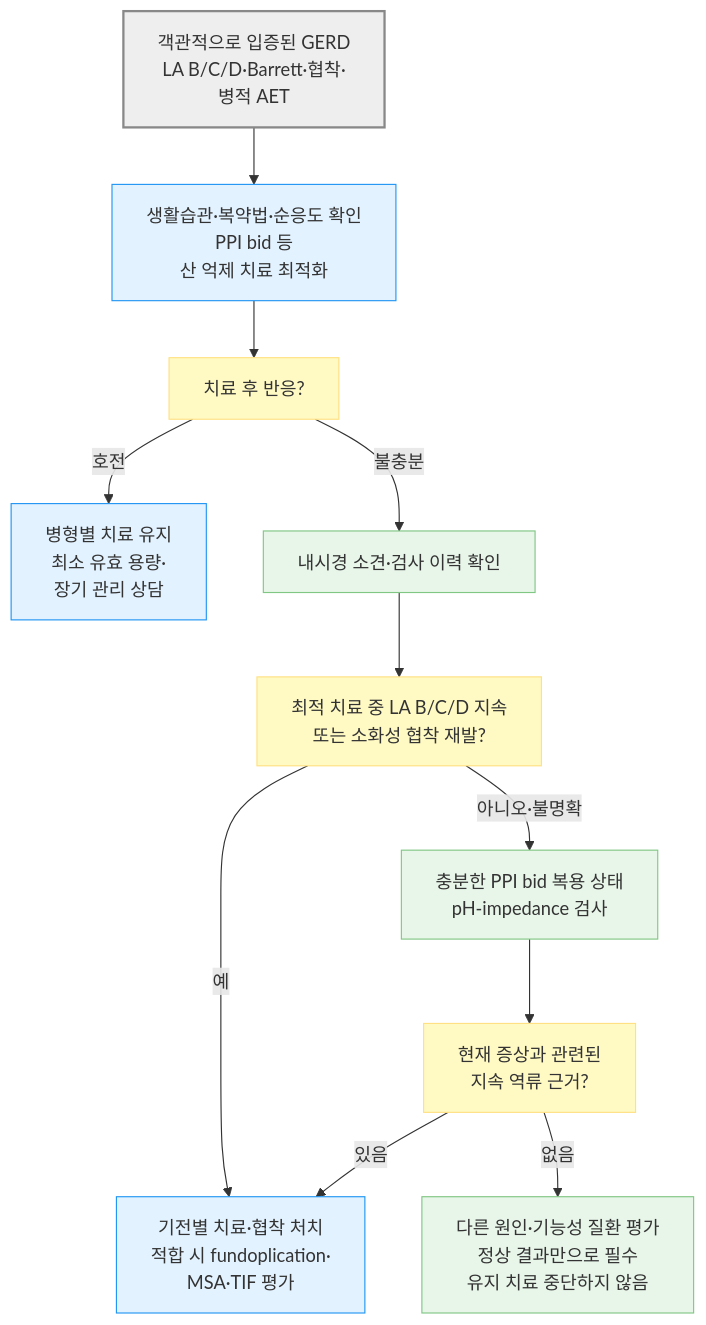
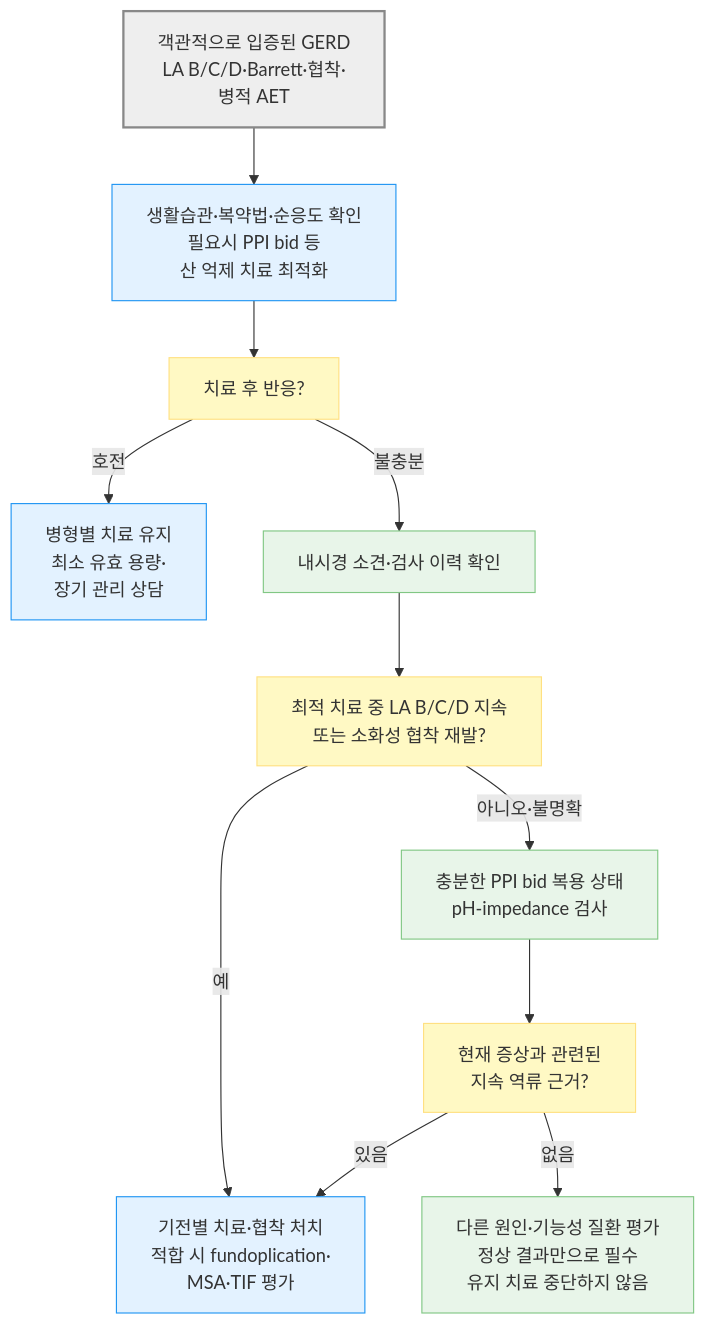
Before and after one commit to familyoh77/familyoh77: the fifth of 5 diagrams in 224_/081_-gerd.md, drawn with Mermaid. The commit also changed other lines of this file, not shown here.

````diff
--- a/224_/081_-gerd.md
+++ b/224_/081_-gerd.md
@@ -338,22 +334,22 @@
 ```mermaid
 flowchart TD
-    A["객관적으로 입증된 GERD<br/>LA B/C/D·Barrett·협착·<br/>병적 AET"] --> B["생활습관·복약법·순응도 확인<br/>PPI bid 등 <br/>산 억제 치료 최적화"]
+    A["객관적으로 입증된 GERD<br/>LA B/C/D·Barrett·협착·<br/>병적 AET"] --> B["생활습관·복약법·순응도 확인<br/>필요시 PPI bid 등 <br/>산 억제 치료 최적화"]
     B --> R["치료 후 반응?"]
     R -- "호전" --> S["병형별 치료 유지<br/>최소 유효 용량·<br/>장기 관리 상담"]
     R -- "불충분" --> E["내시경 소견·검사 이력 확인"]
     E --> EQ["최적 치료 중 LA B/C/D 지속<br/>또는 소화성 협착 재발?"]
     EQ -- "예" --> T["기전별 치료·협착 처치<br/>적합 시 fundoplication·<br/>MSA·TIF 평가"]
     EQ -- "아니오·불명확" --> I["충분한 PPI bid 복용 상태<br/>pH-impedance 검사"]
     I --> IQ["현재 증상과 관련된<br/>지속 역류 근거?"]
     IQ -- "없음" --> O["다른 원인·기능성 질환 평가<br/>정상 결과만으로 필수 <br/>유지 치료 중단하지 않음"]
     IQ -- "있음" --> T
     classDef neutral fill:#eeeeee,stroke:#888888,stroke-width:2px
     classDef question fill:#fff9c4,stroke:#ffe082
     classDef test fill:#e8f5e9,stroke:#81c784
     classDef treatment fill:#e3f2ff,stroke:#2196f3
     classDef next fill:#e8eaf6,stroke:#9fa8da
     class A neutral
     class R,EQ,IQ question
     class E,I,O test
     class B,S,T treatment
 ```
````
